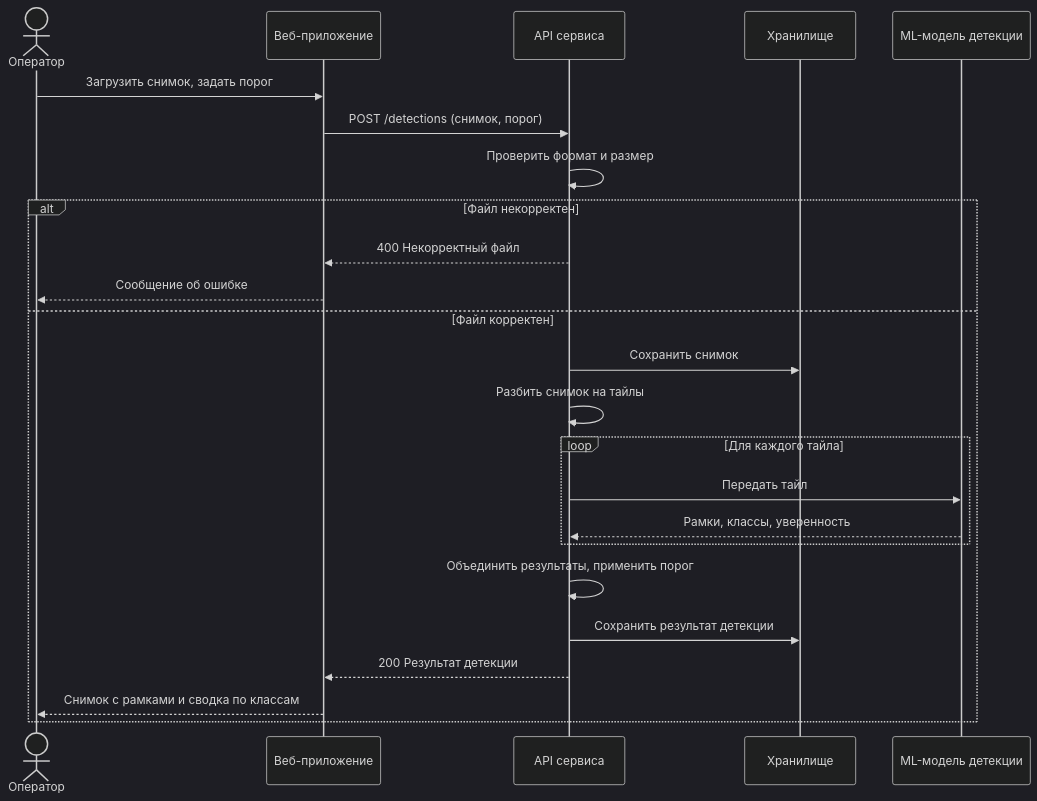
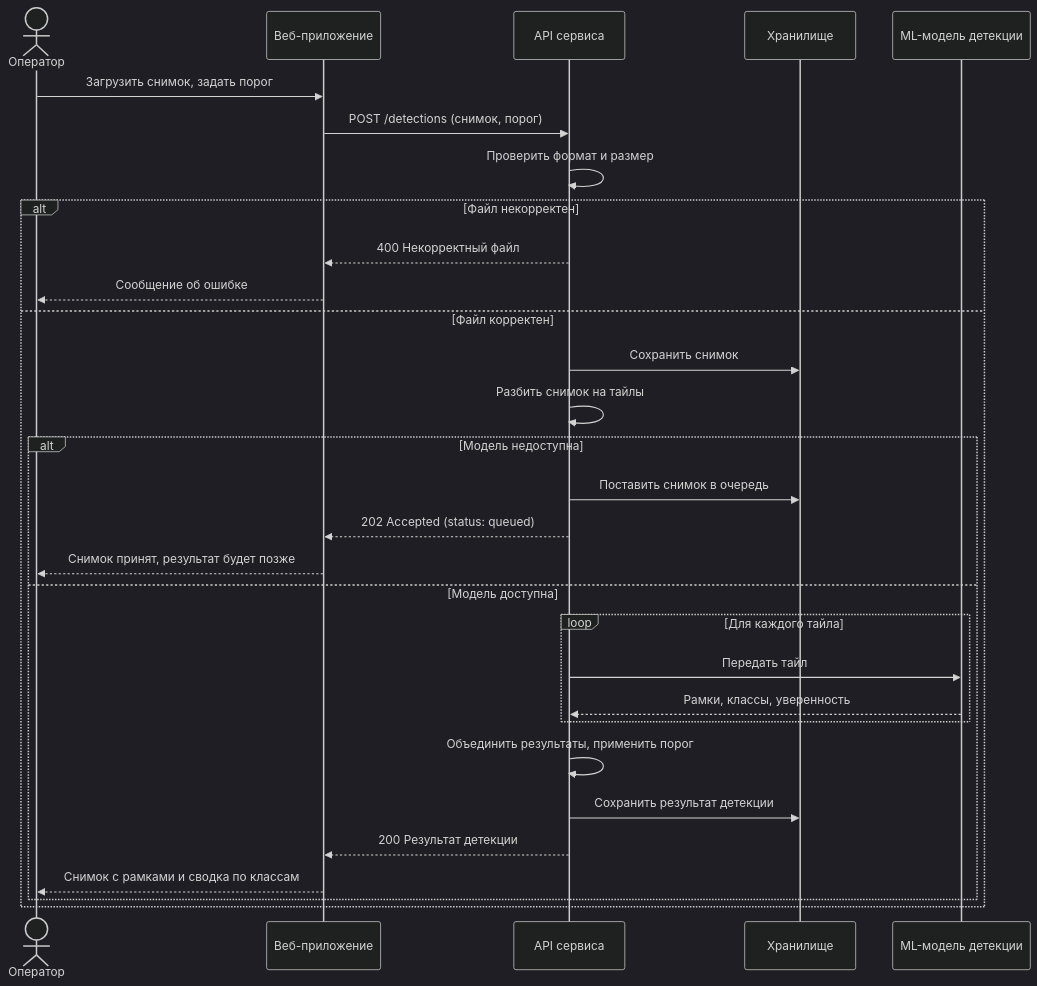
The first of 2 diagrams in docs/project/diagrams.md (brizolka/EdgeCrafter-TOD), drawn with Mermaid (dark theme) before and after one commit. The commit also changed 6 other files, not shown here.

Commit message:
Align API with queue scenario: add 202 Accepted for queued detections

````diff
--- a/docs/project/diagrams.md
+++ b/docs/project/diagrams.md
@@ -7,27 +7,33 @@
 ```mermaid
 sequenceDiagram
     actor Operator as Оператор
     participant App as Веб-приложение
     participant API as API сервиса
     participant Storage as Хранилище
     participant Model as ML-модель детекции
 
     Operator->>App: Загрузить снимок, задать порог
     App->>API: POST /detections (снимок, порог)
     API->>API: Проверить формат и размер
     alt Файл некорректен
         API-->>App: 400 Некорректный файл
         App-->>Operator: Сообщение об ошибке
     else Файл корректен
         API->>Storage: Сохранить снимок
         API->>API: Разбить снимок на тайлы
-        loop Для каждого тайла
-            API->>Model: Передать тайл
-            Model-->>API: Рамки, классы, уверенность
+        alt Модель недоступна
+            API->>Storage: Поставить снимок в очередь
+            API-->>App: 202 Accepted (status: queued)
+            App-->>Operator: Снимок принят, результат будет позже
+        else Модель доступна
+            loop Для каждого тайла
+                API->>Model: Передать тайл
+                Model-->>API: Рамки, классы, уверенность
+            end
+            API->>API: Объединить результаты, применить порог
+            API->>Storage: Сохранить результат детекции
+            API-->>App: 200 Результат детекции
+            App-->>Operator: Снимок с рамками и сводка по классам
         end
-        API->>API: Объединить результаты, применить порог
-        API->>Storage: Сохранить результат детекции
-        API-->>App: 200 Результат детекции
-        App-->>Operator: Снимок с рамками и сводка по классам
     end
 ```
````
